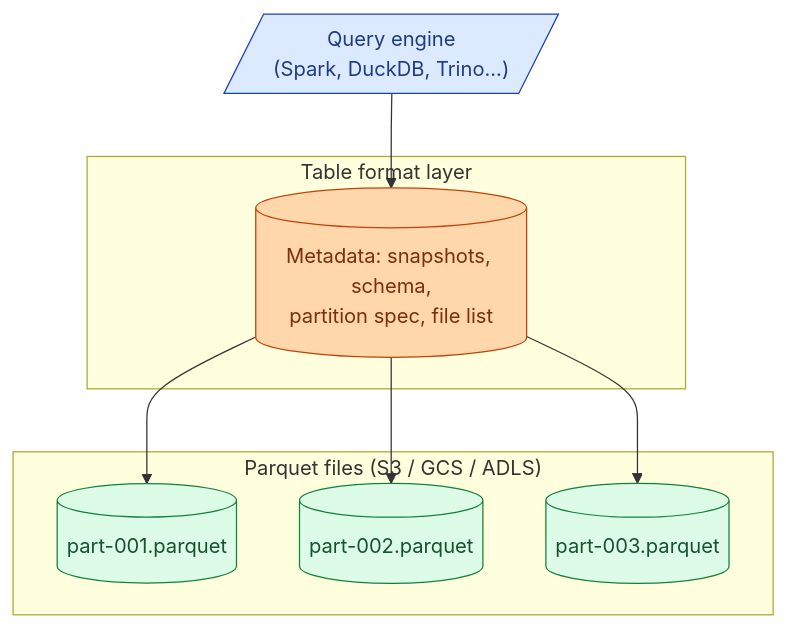
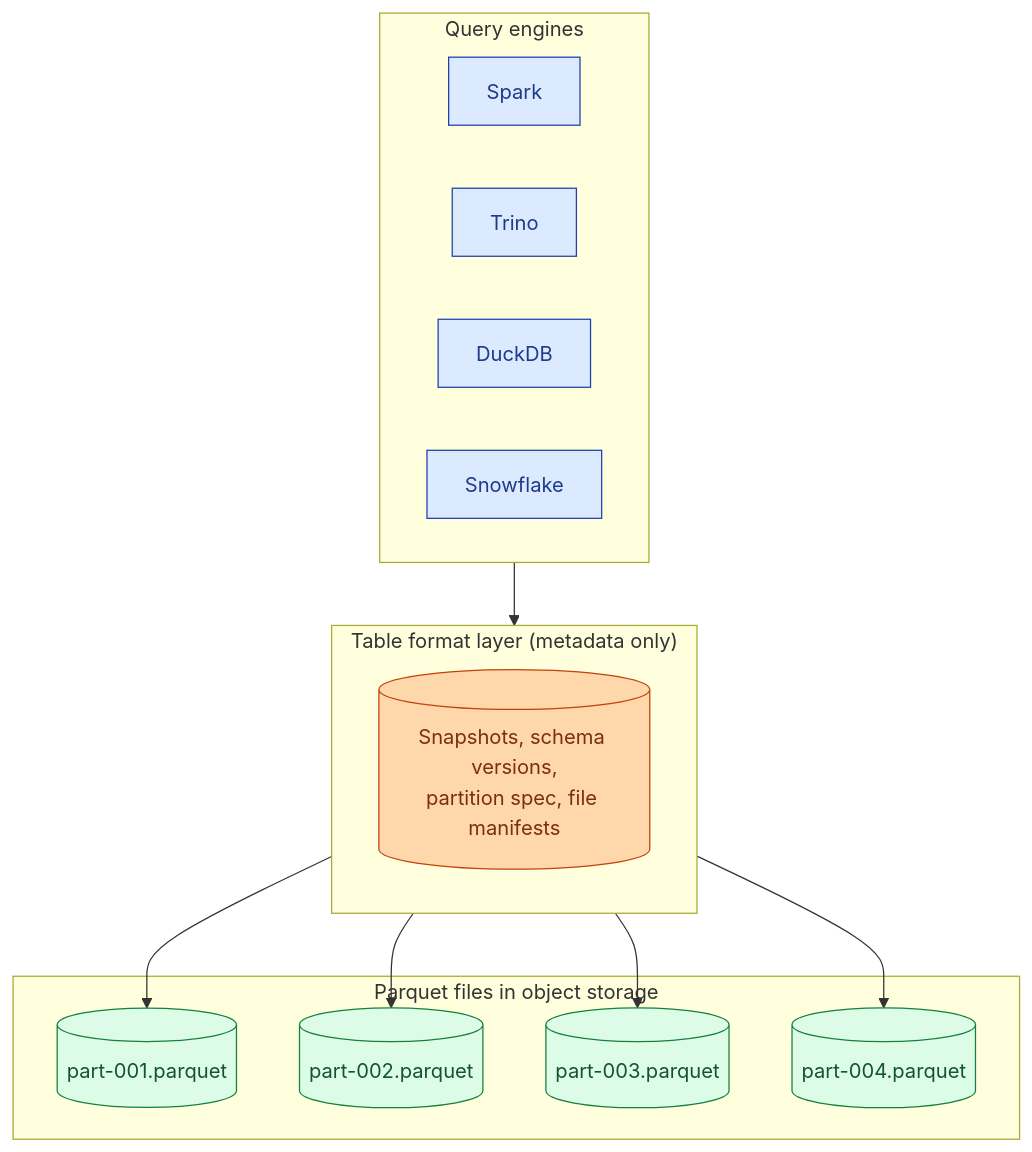
The first of 2 diagrams in _de_concepts/019-delta-vs-iceberg-vs-hudi.md (shiningflash/shiningflash.github.io), drawn with Mermaid before and after one commit. The commit also changed other lines of this file and 69 other files, not shown here.

````diff
--- a/_de_concepts/019-delta-vs-iceberg-vs-hudi.md
+++ b/_de_concepts/019-delta-vs-iceberg-vs-hudi.md
@@ -12,19 +14,27 @@
 ```mermaid
 flowchart TB
-    subgraph T["Table format layer"]
-        M[("Metadata: snapshots, schema,<br/>partition spec, file list")]:::m
+    subgraph Q["Query engines"]
+        Spark["Spark"]:::a
+        Trino["Trino"]:::a
+        Duck["DuckDB"]:::a
+        Snow["Snowflake"]:::a
     end
-    subgraph P["Parquet files (S3 / GCS / ADLS)"]
-        F1[("part-001.parquet")]:::f
-        F2[("part-002.parquet")]:::f
-        F3[("part-003.parquet")]:::f
+    subgraph T["Table format layer (metadata only)"]
+        M[("Snapshots, schema versions,<br/>partition spec, file manifests")]:::y
     end
-    M --> F1
-    M --> F2
-    M --> F3
-    Q[/"Query engine<br/>(Spark, DuckDB, Trino...)"/]:::q --> M
+    subgraph P["Parquet files in object storage"]
+        F1[("part-001.parquet")]:::g
+        F2[("part-002.parquet")]:::g
+        F3[("part-003.parquet")]:::g
+        F4[("part-004.parquet")]:::g
+    end
+    Q --> T
+    T --> F1
+    T --> F2
+    T --> F3
+    T --> F4
 
-    classDef m fill:#fed7aa,stroke:#c2410c,color:#7c2d12
-    classDef f fill:#dcfce7,stroke:#15803d,color:#14532d
-    classDef q fill:#dbeafe,stroke:#1e40af,color:#1e3a8a
+    classDef a fill:#dbeafe,stroke:#1e40af,color:#1e3a8a
+    classDef y fill:#fed7aa,stroke:#c2410c,color:#7c2d12
+    classDef g fill:#dcfce7,stroke:#15803d,color:#14532d
 ```
````
